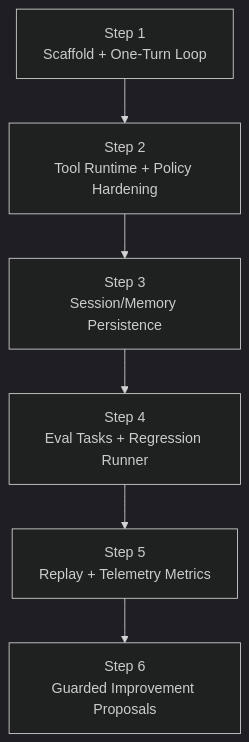
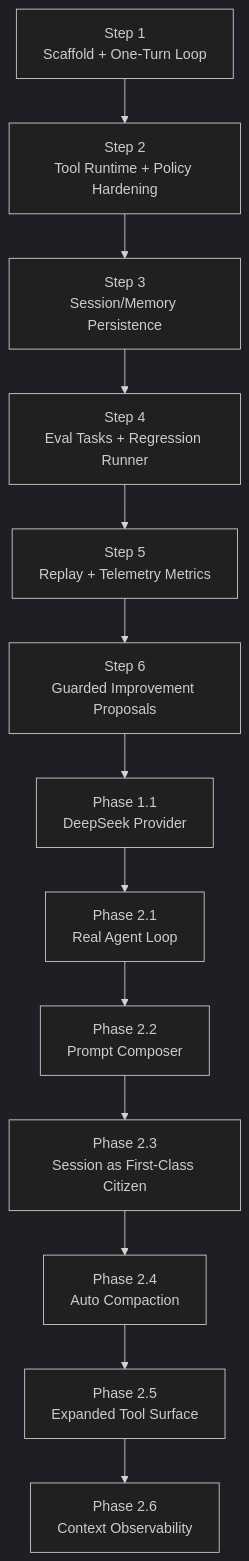
Before and after one commit to zhumengzhu/HarnessLab: the diagram in docs/roadmap.md, drawn with Mermaid (dark theme). The commit also changed other lines of this file and 3 other files, not shown here.

First line of the commit message:
docs: sync roadmap + architecture with Phase 2 delivery

````diff
--- a/docs/roadmap.md
+++ b/docs/roadmap.md
@@ -42,15 +42,19 @@
 ```mermaid
 flowchart TD
     S1[Step 1<br/>Scaffold + One-Turn Loop]
     S2[Step 2<br/>Tool Runtime + Policy Hardening]
     S3[Step 3<br/>Session/Memory Persistence]
     S4[Step 4<br/>Eval Tasks + Regression Runner]
     S5[Step 5<br/>Replay + Telemetry Metrics]
     S6[Step 6<br/>Guarded Improvement Proposals]
+    P11[Phase 1.1<br/>DeepSeek Provider]
+    P21[Phase 2.1<br/>Real Agent Loop]
+    P22[Phase 2.2<br/>Prompt Composer]
+    P23[Phase 2.3<br/>Session as First-Class Citizen]
+    P24[Phase 2.4<br/>Auto Compaction]
+    P25[Phase 2.5<br/>Expanded Tool Surface]
+    P26[Phase 2.6<br/>Context Observability]
 
-    S1 --> S2
-    S2 --> S3
-    S3 --> S4
-    S4 --> S5
-    S5 --> S6
+    S1 --> S2 --> S3 --> S4 --> S5 --> S6
+    S6 --> P11 --> P21 --> P22 --> P23 --> P24 --> P25 --> P26
 ```
````
